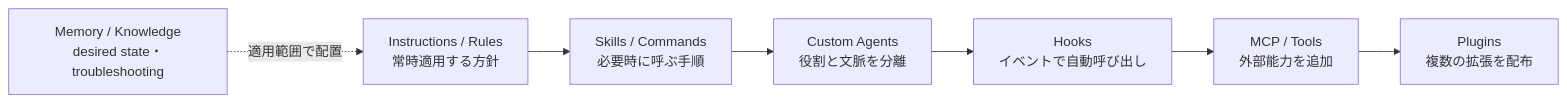
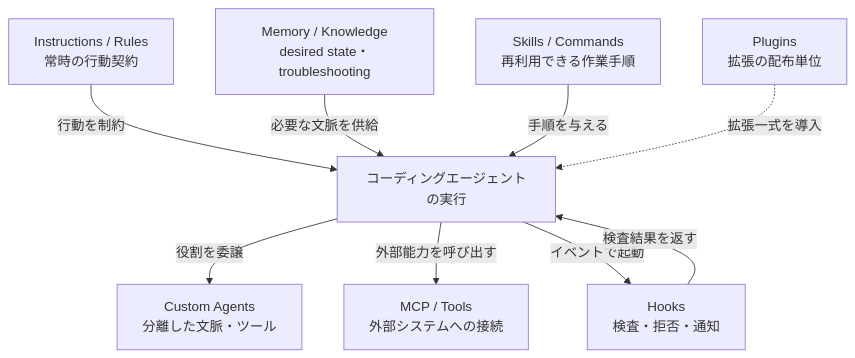
The first of 4 diagrams in articles/agentic-coding-clis_20260807.md (suwa-sh/zenn-contents), drawn with Mermaid before and after one commit. The commit also changed other lines of this file, not shown here.

````diff
--- a/articles/agentic-coding-clis_20260807.md
+++ b/articles/agentic-coding-clis_20260807.md
@@ -45,9 +45,11 @@
 ```mermaid
-flowchart LR
-    A["Instructions / Rules<br/>常時適用する方針"] --> B["Skills / Commands<br/>必要時に呼ぶ手順"]
-    B --> C["Custom Agents<br/>役割と文脈を分離"]
-    C --> D["Hooks<br/>イベントで自動呼び出し"]
-    D --> E["MCP / Tools<br/>外部能力を追加"]
-    E --> F["Plugins<br/>複数の拡張を配布"]
-    M["Memory / Knowledge<br/>desired state・troubleshooting"] -. "適用範囲で配置" .-> A
+flowchart TB
+    RULES["Instructions / Rules<br/>常時の行動契約"] -->|"行動を制約"| RUNTIME["コーディングエージェントの実行"]
+    KNOWLEDGE["Memory / Knowledge<br/>desired state・troubleshooting"] -->|"必要な文脈を供給"| RUNTIME
+    SKILL["Skills / Commands<br/>再利用できる作業手順"] -->|"手順を与える"| RUNTIME
+    RUNTIME -->|"役割を委譲"| AGENT["Custom Agents<br/>分離した文脈・ツール"]
+    RUNTIME -->|"外部能力を呼び出す"| MCP["MCP / Tools<br/>外部システムへの接続"]
+    RUNTIME -->|"イベントで起動"| HOOK["Hooks<br/>検査・拒否・通知"]
+    HOOK -->|"検査結果を返す"| RUNTIME
+    PLUGIN["Plugins<br/>拡張の配布単位"] -.->|"拡張一式を導入"| RUNTIME
 ```
````
